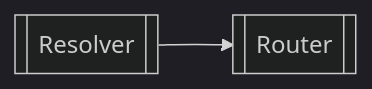
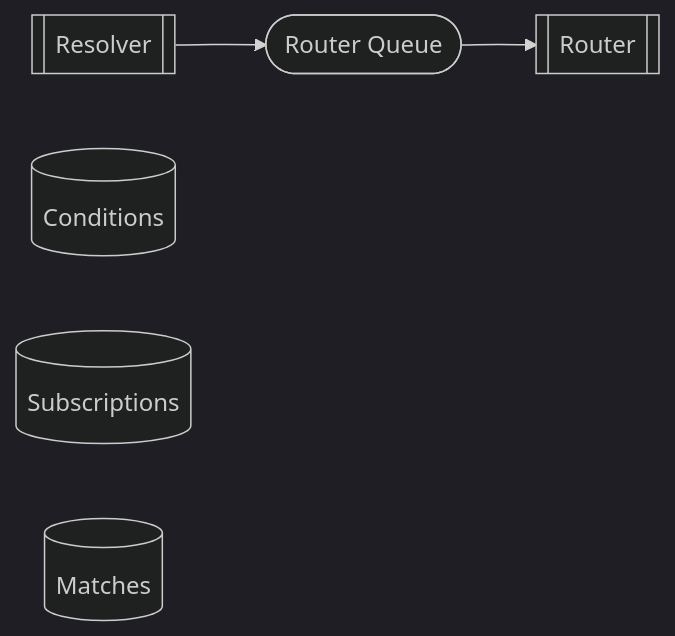
The second of 2 diagrams in profile/README.md (awakari/.github), drawn with Mermaid (dark theme) before and after one commit.

````diff
--- a/profile/README.md
+++ b/profile/README.md
@@ -161,6 +161,10 @@
 ```mermaid
 flowchart LR
     resolver[[Resolver]]
+    conditions[(Conditions)]
+    subscriptions[(Subscriptions)]
+    matches[(Matches)]
     router[[Router]]
-    resolver --> router
+    routerQueue([Router Queue])
+    resolver --> routerQueue --> router
 ```
````
